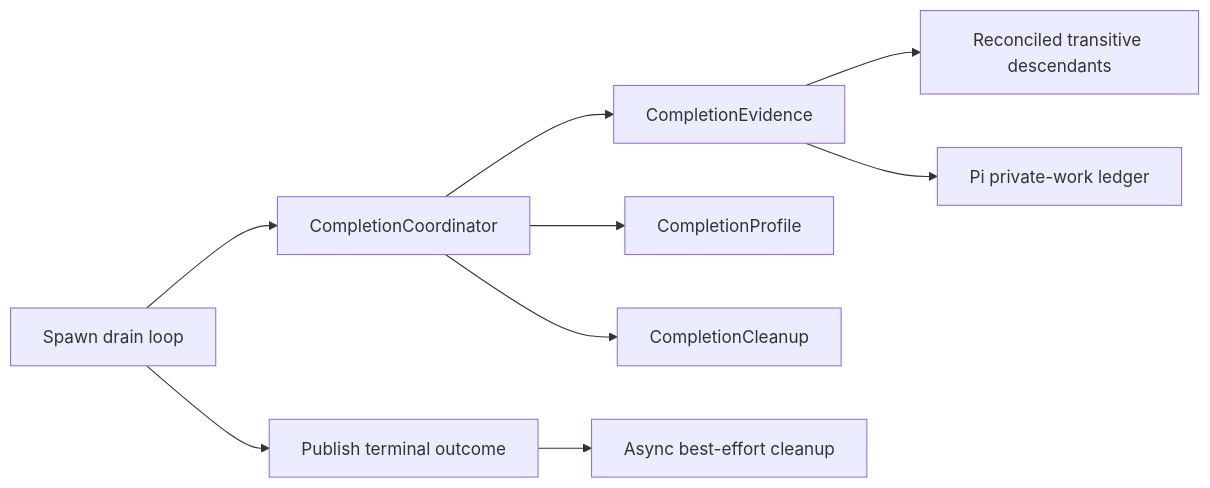
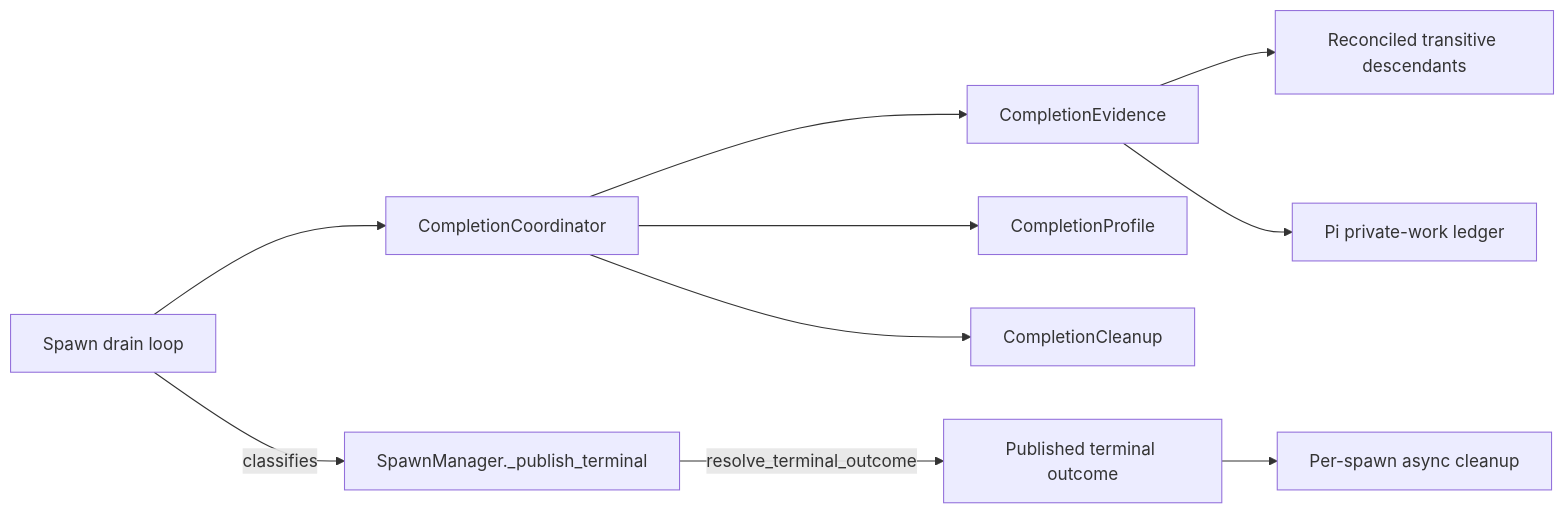
Before and after one commit to haowjy/meridian-cli-kb: the diagram in kb/architecture/completion-drain-coordination.md, drawn with Mermaid. The commit also changed other lines of this file and 2 other files, not shown here.

````diff
--- a/kb/architecture/completion-drain-coordination.md
+++ b/kb/architecture/completion-drain-coordination.md
@@ -8,11 +8,12 @@
 ```mermaid
 flowchart LR
     L[Spawn drain loop] --> C[CompletionCoordinator]
     C --> E[CompletionEvidence]
     C --> P[CompletionProfile]
     C --> X[CompletionCleanup]
     E --> T[Reconciled transitive descendants]
     E --> W[Pi private-work ledger]
-    L --> O[Publish terminal outcome]
-    O --> D[Async best-effort cleanup]
+    L -->|classifies| M[SpawnManager._publish_terminal]
+    M -->|resolve_terminal_outcome| O[Published terminal outcome]
+    O --> D[Per-spawn async cleanup]
 ```
````
